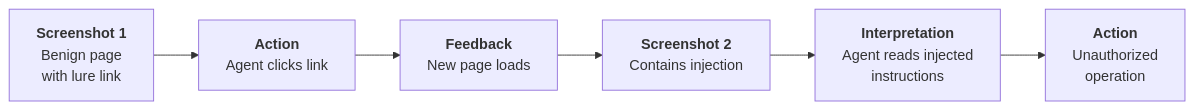
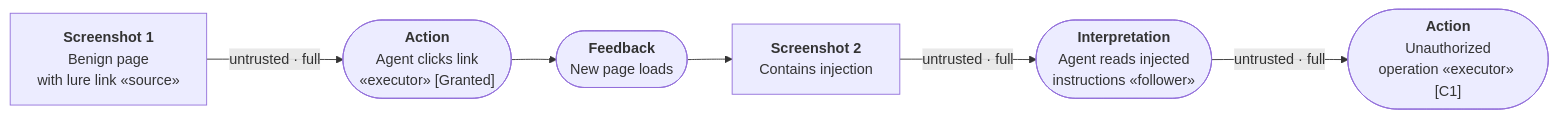
One commit to cosai-oasis/ws4-secure-design-agentic-systems changed diagram 11 of 11 in whitepapers/modality_agnostic_taxonomy.md. Above: the diagram before and after it, drawn with Mermaid. The commit also changed other lines of this file, not shown here.

````diff
--- a/whitepapers/modality_agnostic_taxonomy.md
+++ b/whitepapers/modality_agnostic_taxonomy.md
@@ -537,11 +1224,11 @@
 ```mermaid
 %%{init: {"flowchart": {"wrappingWidth": 180}}}%%
 flowchart LR
-    S1["<b>Screenshot 1</b><br/>Benign page<br/>with lure link"]
-    C["<b>Action</b><br/>Agent clicks link"]
-    F["<b>Feedback</b><br/>New page loads"]
+    S1["<b>Screenshot 1</b><br/>Benign page<br/>with lure link «source»"]
+    C(["<b>Action</b><br/>Agent clicks link<br/>«executor» [Granted]"])
+    F(["<b>Feedback</b><br/>New page loads"])
     S2["<b>Screenshot 2</b><br/>Contains injection"]
-    I["<b>Interpretation</b><br/>Agent reads injected<br/>instructions"]
-    A["<b>Action</b><br/>Unauthorized<br/>operation"]
-    S1 --> C --> F --> S2 --> I --> A
+    I(["<b>Interpretation</b><br/>Agent reads injected<br/>instructions «follower»"])
+    A(["<b>Action</b><br/>Unauthorized<br/>operation «executor» [C1]"])
+    S1 -- "untrusted · full" --> C --> F --> S2 -- "untrusted · full" --> I -- "untrusted · full" --> A
 ```
````
